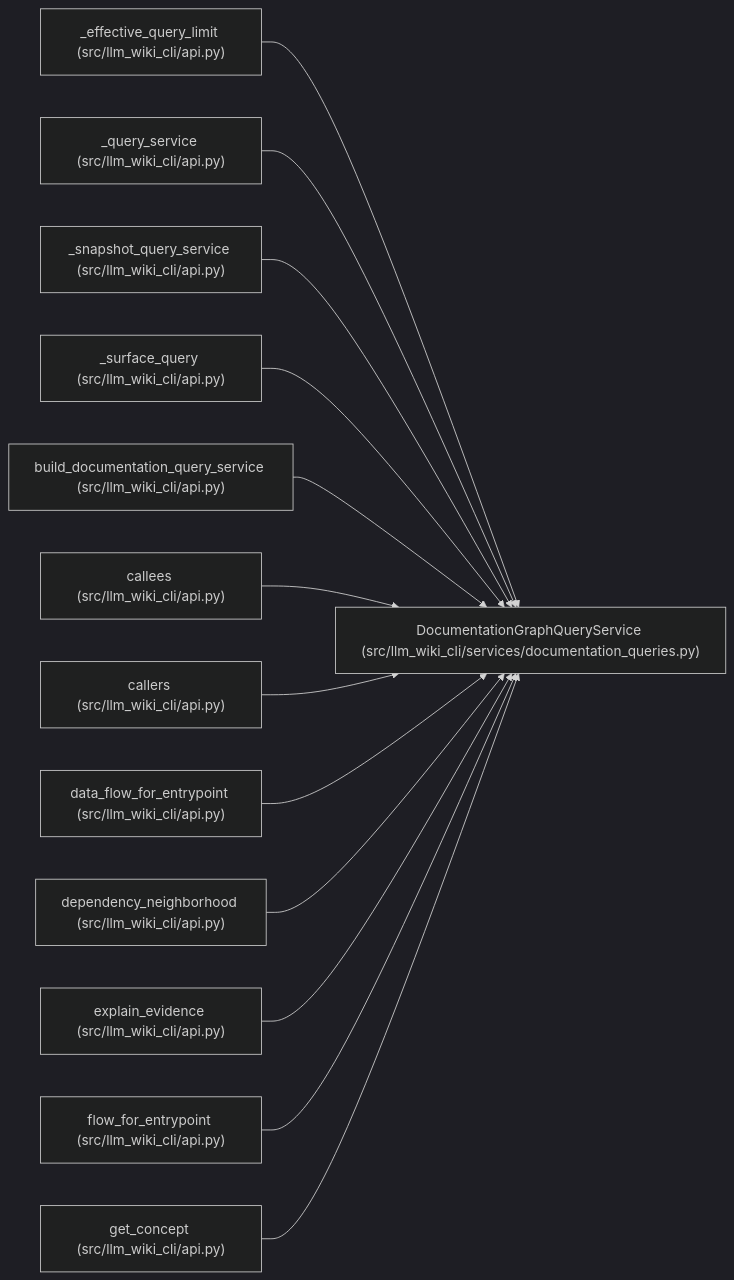
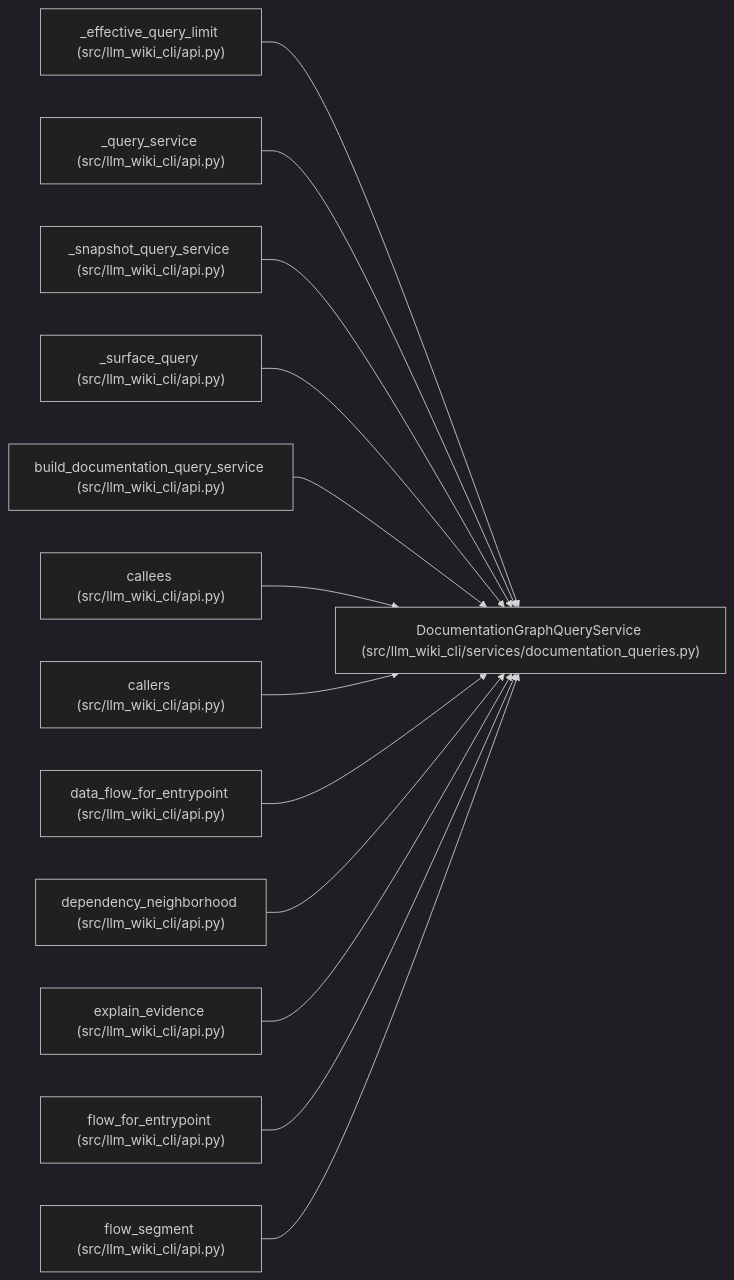
One commit to Denissvgn/python-wiki-llm changed the diagram in docs/llm_wiki/entities/DocumentationGraphQueryService.md. Above: the diagram before and after it, drawn with Mermaid (dark theme). The commit also changed other lines of this file and 581 other files, not shown here.

````diff
--- a/docs/llm_wiki/entities/DocumentationGraphQueryService.md
+++ b/docs/llm_wiki/entities/DocumentationGraphQueryService.md
@@ -78,41 +79,41 @@
 ```mermaid
 flowchart LR
     n0["DocumentationGraphQueryService (src/llm_wiki_cli/services/documentation_queries.py)"]
     n1["_effective_query_limit (src/llm_wiki_cli/api.py)"]
     n2["_query_service (src/llm_wiki_cli/api.py)"]
     n3["_snapshot_query_service (src/llm_wiki_cli/api.py)"]
     n4["_surface_query (src/llm_wiki_cli/api.py)"]
     n5["build_documentation_query_service (src/llm_wiki_cli/api.py)"]
     n6["callees (src/llm_wiki_cli/api.py)"]
     n7["callers (src/llm_wiki_cli/api.py)"]
     n8["data_flow_for_entrypoint (src/llm_wiki_cli/api.py)"]
     n9["dependency_neighborhood (src/llm_wiki_cli/api.py)"]
     n10["explain_evidence (src/llm_wiki_cli/api.py)"]
     n11["flow_for_entrypoint (src/llm_wiki_cli/api.py)"]
-    n12["get_concept (src/llm_wiki_cli/api.py)"]
+    n12["flow_segment (src/llm_wiki_cli/api.py)"]
     n1 --> n0
     n2 --> n0
     n3 --> n0
     n4 --> n0
     n5 --> n0
     n6 --> n0
     n7 --> n0
     n8 --> n0
     n9 --> n0
     n10 --> n0
     n11 --> n0
     n12 --> n0
     click n0 "../modules/documentation_queries.md"
     click n1 "../modules/api.md"
     click n2 "../modules/api.md"
     click n3 "../modules/api.md"
     click n4 "../modules/api.md"
     click n5 "../modules/api.md"
     click n6 "../modules/api.md"
     click n7 "../modules/api.md"
     click n8 "../modules/api.md"
     click n9 "../modules/api.md"
     click n10 "../modules/api.md"
     click n11 "../modules/api.md"
     click n12 "../modules/api.md"
 ```
````
